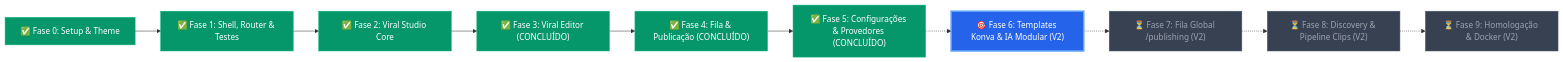
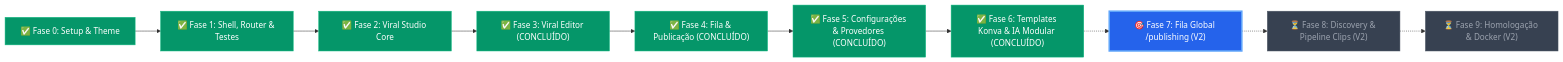
The diagram in docs/plano-migracao-frontend.md (luis-henrique-carvalho/viralforge), drawn with Mermaid before and after one commit. The commit also changed other lines of this file and 45 other files, not shown here.

````diff
--- a/docs/plano-migracao-frontend.md
+++ b/docs/plano-migracao-frontend.md
@@ -218,20 +218,20 @@
 ```mermaid
 flowchart LR
     Fase0["✅ Fase 0: Setup & Theme"] --> Fase1["✅ Fase 1: Shell, Router & Testes"]
     Fase1 --> Fase2["✅ Fase 2: Viral Studio Core"]
     Fase2 --> Fase3["✅ Fase 3: Viral Editor (CONCLUÍDO)"]
     Fase3 --> Fase4["✅ Fase 4: Fila & Publicação (CONCLUÍDO)"]
     Fase4 --> Fase5["✅ Fase 5: Configurações & Provedores (CONCLUÍDO)"]
-    Fase5 -.-> Fase6["🎯 Fase 6: Templates Konva & IA Modular (V2)"]
-    Fase6 -.-> Fase7["⏳ Fase 7: Fila Global /publishing (V2)"]
+    Fase5 --> Fase6["✅ Fase 6: Templates Konva & IA Modular (CONCLUÍDO)"]
+    Fase6 -.-> Fase7["🎯 Fase 7: Fila Global /publishing (V2)"]
     Fase7 -.-> Fase8["⏳ Fase 8: Discovery & Pipeline Clips (V2)"]
     Fase8 -.-> Fase9["⏳ Fase 9: Homologação & Docker (V2)"]
 
     classDef completed fill:#059669,stroke:#10b981,color:#ffffff;
     classDef current fill:#2563eb,stroke:#60a5fa,color:#ffffff,stroke-width:3px;
     classDef pending fill:#374151,stroke:#4b5563,color:#9ca3af;
 
-    class Fase0,Fase1,Fase2,Fase3,Fase4,Fase5 completed;
-    class Fase6 current;
-    class Fase7,Fase8,Fase9 pending;
+    class Fase0,Fase1,Fase2,Fase3,Fase4,Fase5,Fase6 completed;
+    class Fase7 current;
+    class Fase8,Fase9 pending;
 ```
````
